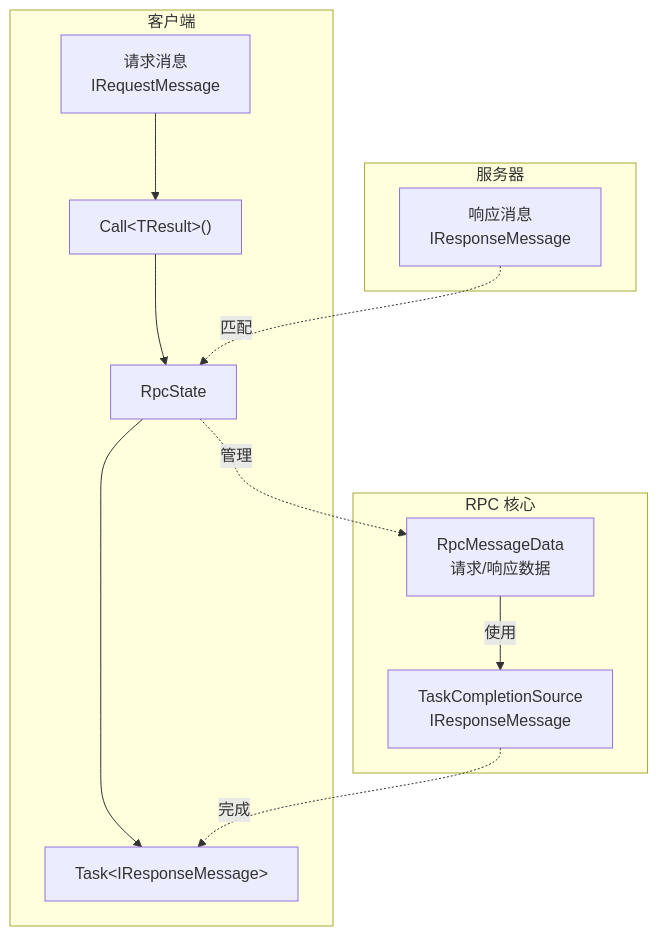
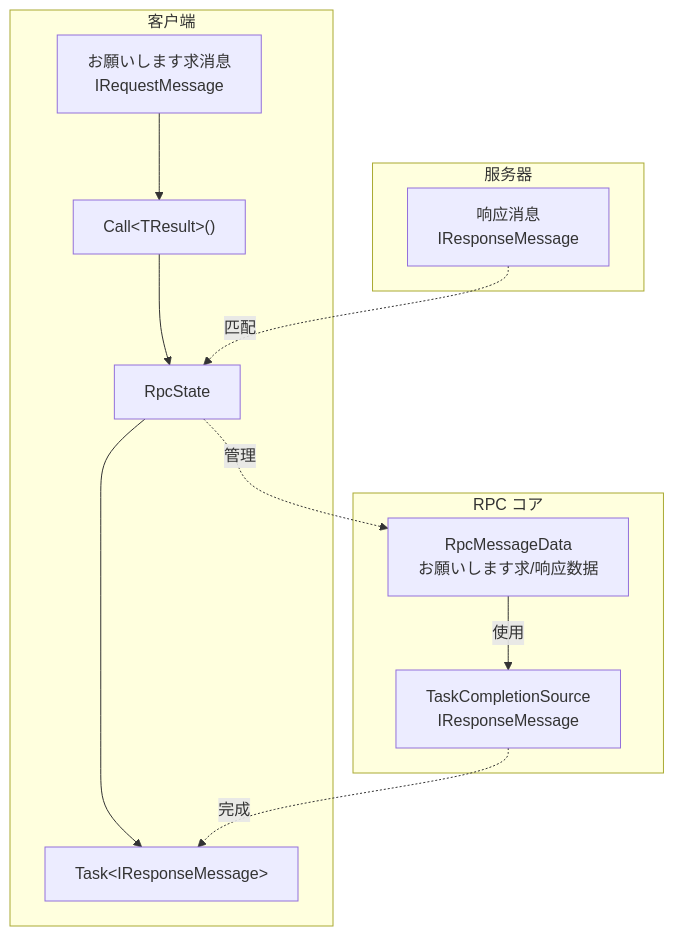
The first of 3 diagrams in docs/ja/client/unity/component/network/11.rpc.md (AlianBlank/GameFrameX.Docs), drawn with Mermaid before and after one commit. The commit also changed other lines of this file and 603 other files, not shown here.

````diff
--- a/docs/ja/client/unity/component/network/11.rpc.md
+++ b/docs/ja/client/unity/component/network/11.rpc.md
@@ -29,24 +29,24 @@
 ```mermaid
 flowchart TD
     subgraph Client["客户端"]
-        Request["请求消息<br/>IRequestMessage"]
+        Request["お願いします求消息<br/>IRequestMessage"]
         Call["Call&lt;TResult&gt;()"]
         RpcState["RpcState"]
         Task["Task&lt;IResponseMessage&gt;"]
     end
 
-    subgraph Core["RPC 核心"]
-        RpcState -.->|管理| RpcMessageData["RpcMessageData<br/>请求/响应数据"]
+    subgraph Core["RPC コア"]
+        RpcState -.->|管理| RpcMessageData["RpcMessageData<br/>お願いします求/响应数据"]
         RpcMessageData -->|使用| TCS["TaskCompletionSource<br/>IResponseMessage"]
     end
 
     subgraph Server["服务器"]
         Response["响应消息<br/>IResponseMessage"]
     end
 
     Request --> Call
     Call --> RpcState
     RpcState --> Task
     Response -.->|匹配| RpcState
     TCS -.->|完成| Task
 ```
````
